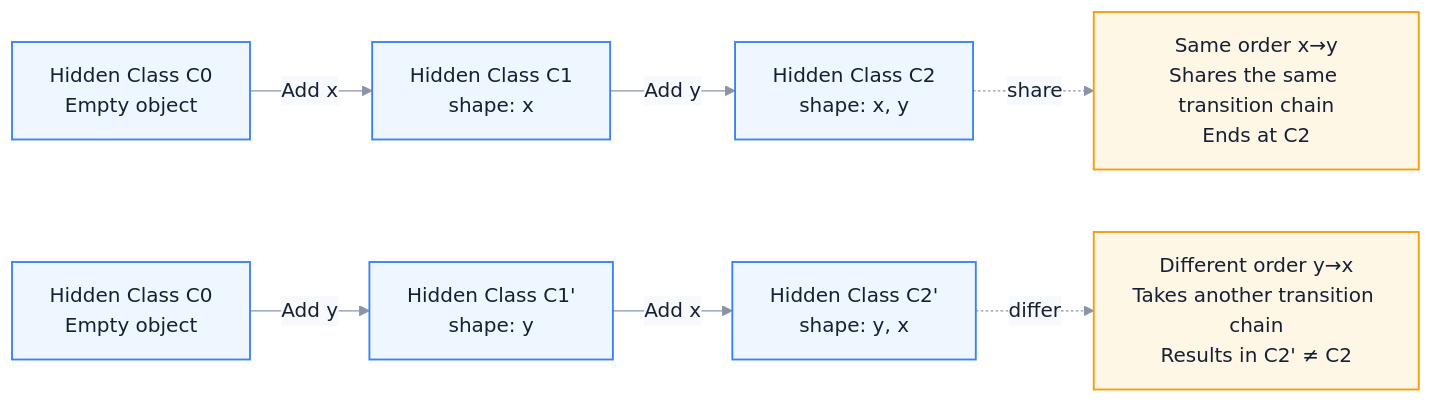
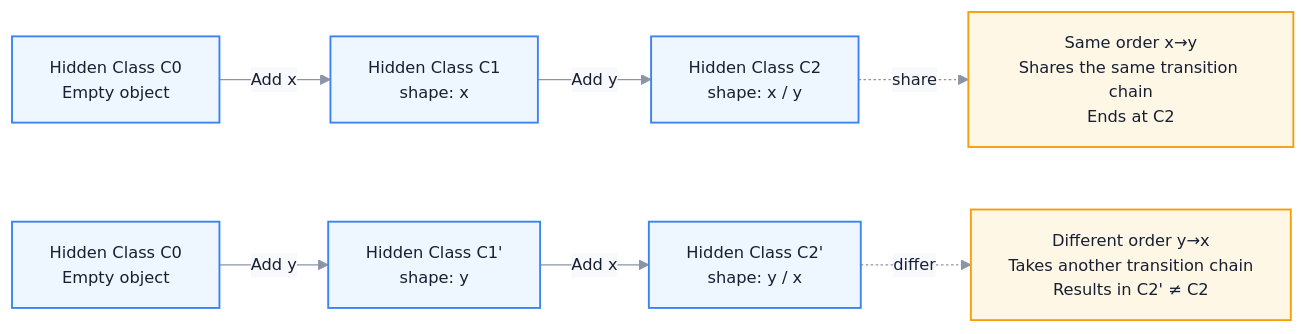
One commit to Fatejian/frontier-vault changed the third of 4 diagrams in docs/en/javascript/v8-jit-gc.md. Above: the diagram before and after it, drawn with Mermaid. The commit also changed other lines of this file and 37 other files, not shown here.

````diff
--- a/docs/en/javascript/v8-jit-gc.md
+++ b/docs/en/javascript/v8-jit-gc.md
@@ -207,20 +207,20 @@
 ```mermaid
-%%{init: {'theme': 'base', 'themeVariables': { 'fontFamily': 'Inter, PingFang SC, Microsoft YaHei, sans-serif', 'primaryColor': '#EEF6FF', 'primaryTextColor': '#172033', 'primaryBorderColor': '#6EA8FE', 'lineColor': '#8A94A6', 'secondaryColor': '#F7F9FC', 'tertiaryColor': '#FFF7E6'}}}%%
+%%{init: {'theme': 'base', 'themeVariables': { 'fontFamily': 'Inter, PingFang SC, Microsoft YaHei, sans-serif', 'primaryColor': '#EEF6FF', 'primaryTextColor': '#172033', 'primaryBorderColor': '#6EA8FE', 'lineColor': '#8A94A6', 'secondaryColor': '#F7F9FC', 'tertiaryColor': '#FFF7E6', 'fontSize': '13px'}}}%%
 flowchart LR
     C0["Hidden Class C0<br/>Empty object"] -- "Add x" --> C1["Hidden Class C1<br/>shape: x"]
-    C1 -- "Add y" --> C2["Hidden Class C2<br/>shape: x, y"]
+    C1 -- "Add y" --> C2["Hidden Class C2<br/>shape: x / y"]
 
     C0a["Hidden Class C0<br/>Empty object"] -- "Add y" --> C1a["Hidden Class C1'<br/>shape: y"]
-    C1a -- "Add x" --> C2a["Hidden Class C2'<br/>shape: y, x"]
+    C1a -- "Add x" --> C2a["Hidden Class C2'<br/>shape: y / x"]
 
     Note1["Same order x→y<br/>Shares the same transition chain<br/>Ends at C2"]
     Note2["Different order y→x<br/>Takes another transition chain<br/>Results in C2' ≠ C2"]
 
     C2 -. share .-> Note1
     C2a -. differ .-> Note2
 
     classDef hc fill:#EEF6FF,stroke:#3B82F6,color:#172033,stroke-width:1.5px;
     classDef note fill:#FFF7E6,stroke:#F59E0B,color:#172033,stroke-width:1.5px;
     class C0,C1,C2,C0a,C1a,C2a hc;
     class Note1,Note2 note;
 ```
````
